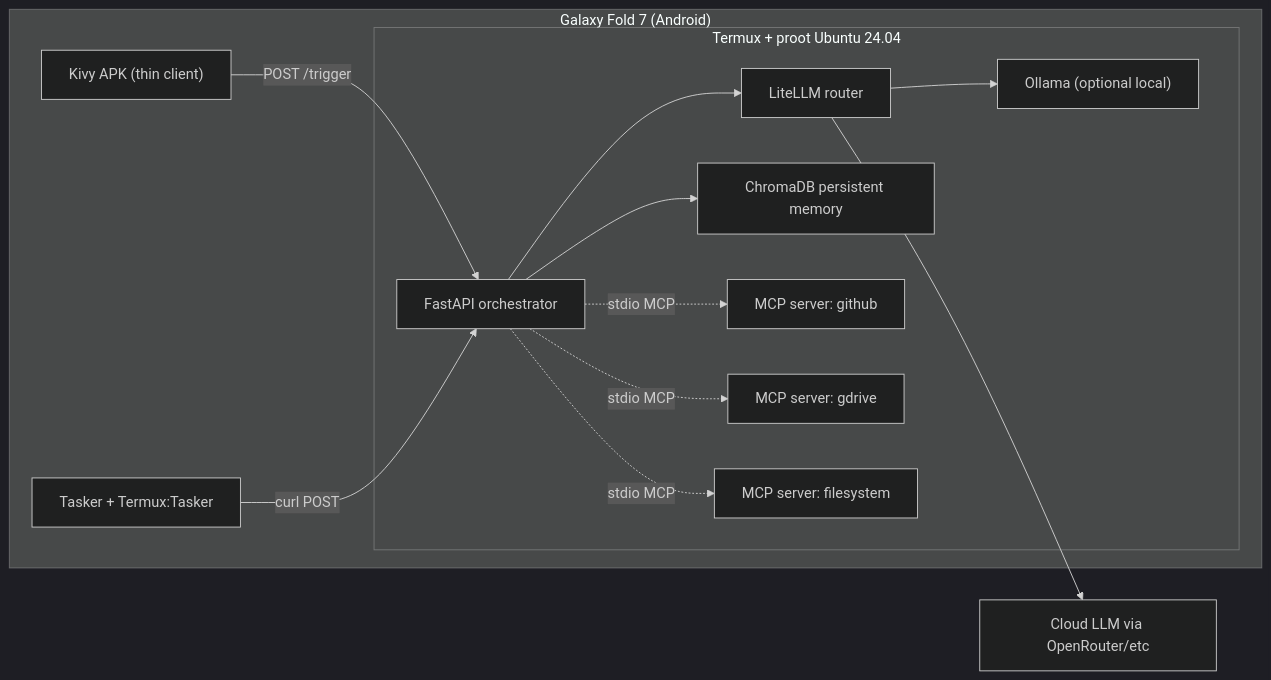
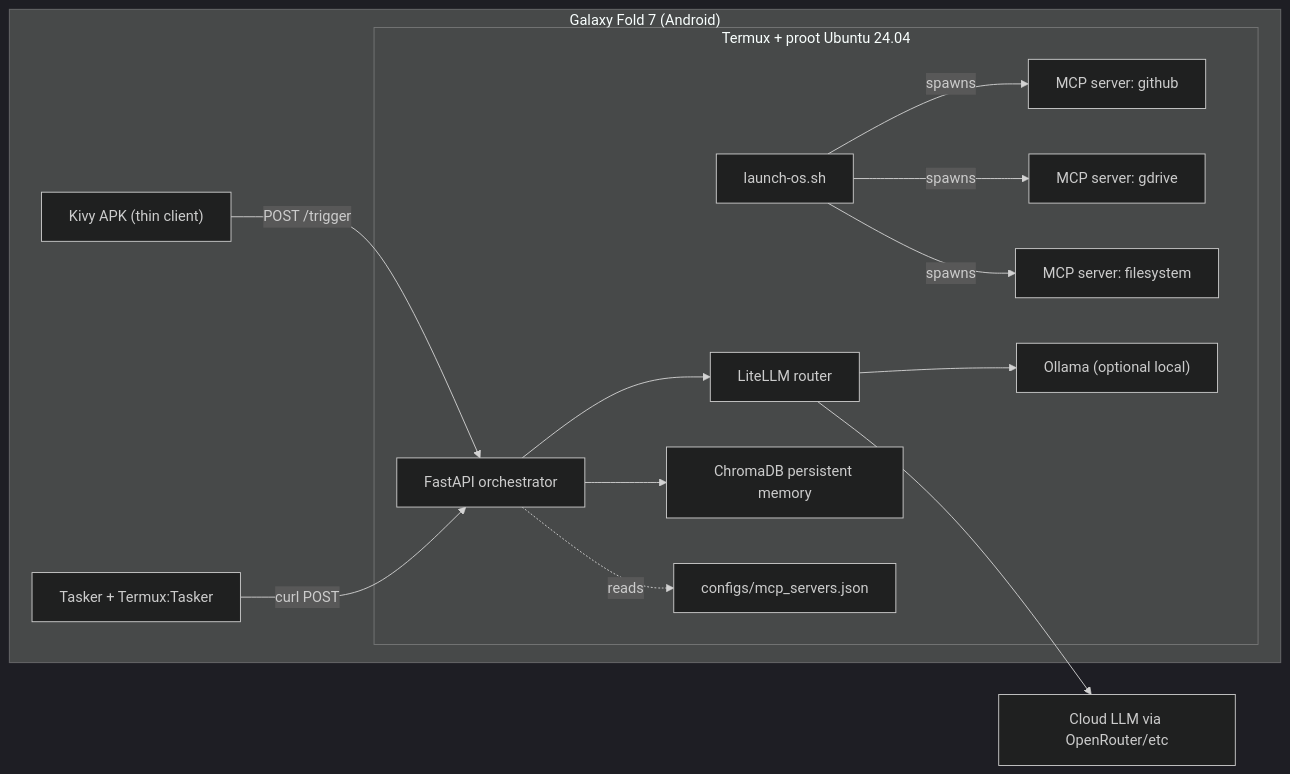
Before and after one commit to muffy86/autogen-api-style-agent: the diagram in sovereign-intelligence-os/docs/architecture.md, drawn with Mermaid (dark theme). The commit also changed other lines of this file and 14 other files, not shown here.

````diff
--- a/sovereign-intelligence-os/docs/architecture.md
+++ b/sovereign-intelligence-os/docs/architecture.md
@@ -5,26 +7,29 @@
 ```mermaid
 flowchart LR
   subgraph Fold7["Galaxy Fold 7 (Android)"]
     Kivy["Kivy APK (thin client)"]
     Tasker["Tasker + Termux:Tasker"]
     subgraph Termux["Termux + proot Ubuntu 24.04"]
+      Launcher["launch-os.sh"]
       Orch["FastAPI orchestrator"]
       LL["LiteLLM router"]
       CDB["ChromaDB persistent memory"]
       Ollama["Ollama (optional local)"]
+      MCPCfg["configs/mcp_servers.json"]
       MCP1["MCP server: github"]
       MCP2["MCP server: gdrive"]
       MCP3["MCP server: filesystem"]
     end
   end
   Cloud["Cloud LLM via OpenRouter/etc"]
   Kivy -->|POST /trigger| Orch
   Tasker -->|curl POST| Orch
   Orch --> LL
   LL --> Ollama
   LL --> Cloud
   Orch --> CDB
-  Orch -.->|stdio MCP| MCP1
-  Orch -.->|stdio MCP| MCP2
-  Orch -.->|stdio MCP| MCP3
+  Orch -.->|reads| MCPCfg
+  Launcher -->|spawns| MCP1
+  Launcher -->|spawns| MCP2
+  Launcher -->|spawns| MCP3
 ```
````
